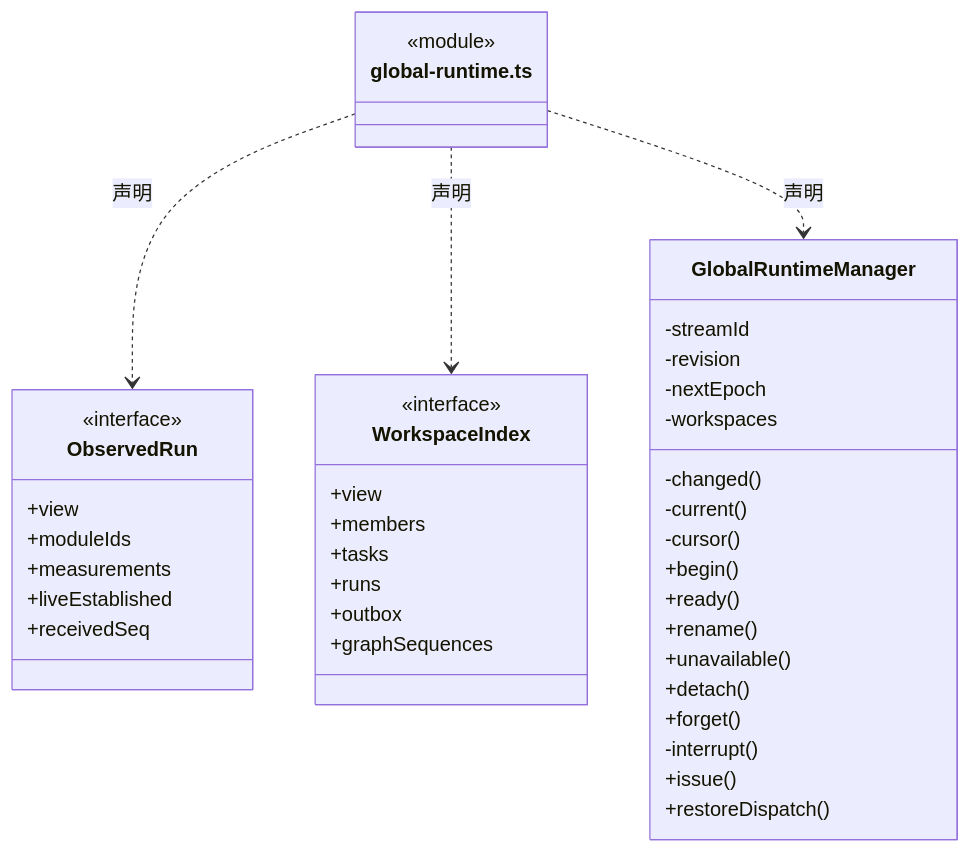
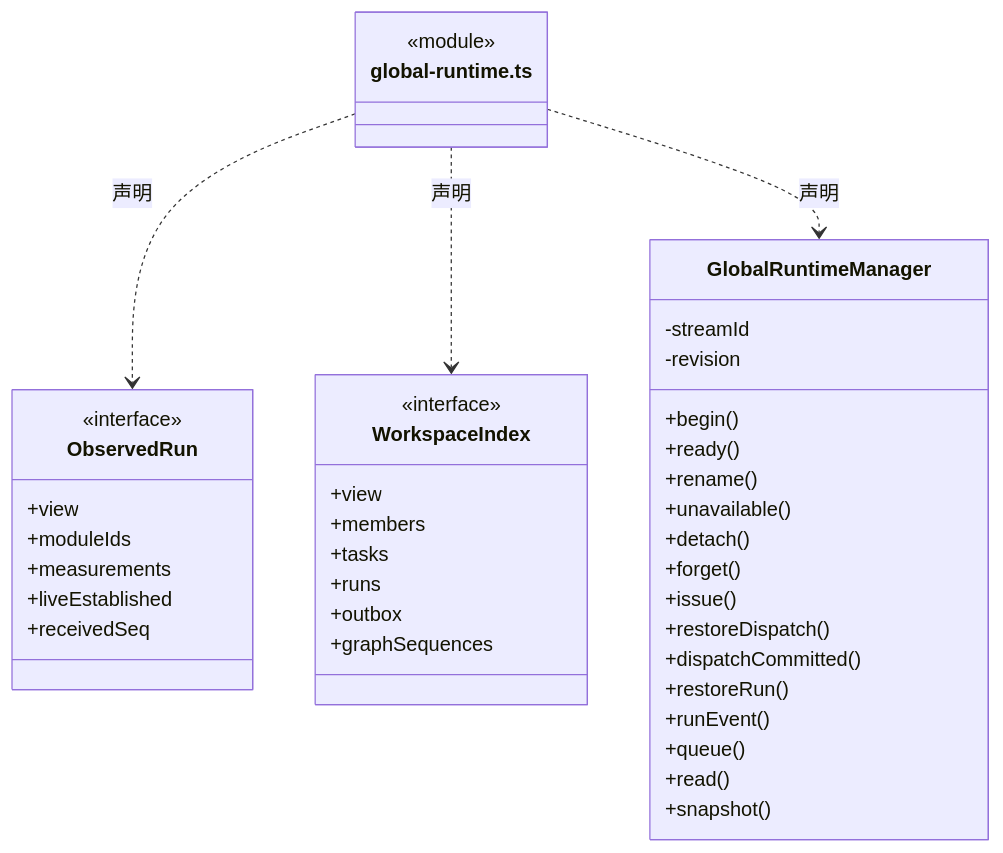
The fourth of 6 diagrams in src/backend/scheduler-engine/runtime/ARCHITECTURE.md (nan023062/cbim), drawn with Mermaid before and after one commit. The commit also changed other lines of this file and 240 other files, not shown here.

````diff
--- a/src/backend/scheduler-engine/runtime/ARCHITECTURE.md
+++ b/src/backend/scheduler-engine/runtime/ARCHITECTURE.md
@@ -19,44 +118,44 @@
 ```mermaid
 classDiagram
 class N_src_backend_scheduler_engine_runtime_global_runtime_ts["global-runtime.ts"] {
   <<module>>
 }
 class N_src_backend_scheduler_engine_runtime_global_runtime_ts_ObservedRun["ObservedRun"] {
   <<interface>>
   +view
   +moduleIds
   +measurements
   +liveEstablished
   +receivedSeq
 }
 N_src_backend_scheduler_engine_runtime_global_runtime_ts ..> N_src_backend_scheduler_engine_runtime_global_runtime_ts_ObservedRun : 声明
 class N_src_backend_scheduler_engine_runtime_global_runtime_ts_WorkspaceIndex["WorkspaceIndex"] {
   <<interface>>
   +view
   +members
   +tasks
   +runs
   +outbox
   +graphSequences
 }
 N_src_backend_scheduler_engine_runtime_global_runtime_ts ..> N_src_backend_scheduler_engine_runtime_global_runtime_ts_WorkspaceIndex : 声明
 class N_src_backend_scheduler_engine_runtime_global_runtime_ts_GlobalRuntimeManager["GlobalRuntimeManager"] {
-  -streamId
-  -revision
-  -nextEpoch
-  -workspaces
-  -changed()
-  -current()
-  -cursor()
   +begin()
   +ready()
   +rename()
   +unavailable()
   +detach()
   +forget()
-  -interrupt()
   +issue()
   +restoreDispatch()
+  +dispatchCommitted()
+  +restoreRun()
+  +runEvent()
+  +queue()
+  +read()
+  +snapshot()
+  -streamId
+  -revision
 }
 N_src_backend_scheduler_engine_runtime_global_runtime_ts ..> N_src_backend_scheduler_engine_runtime_global_runtime_ts_GlobalRuntimeManager : 声明
 ```
````
